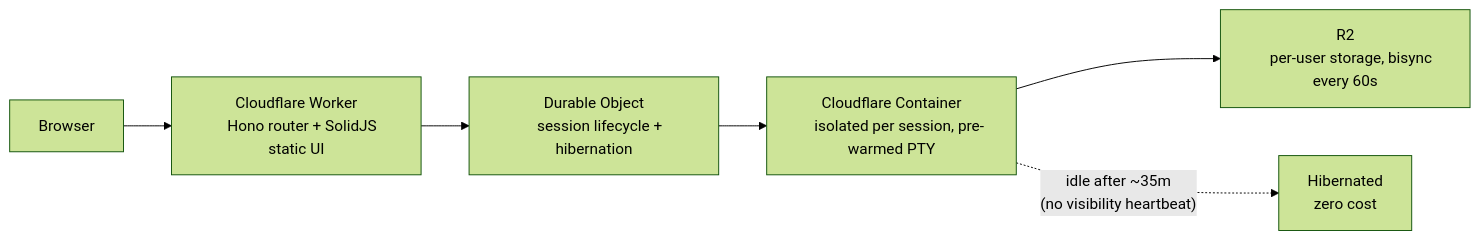
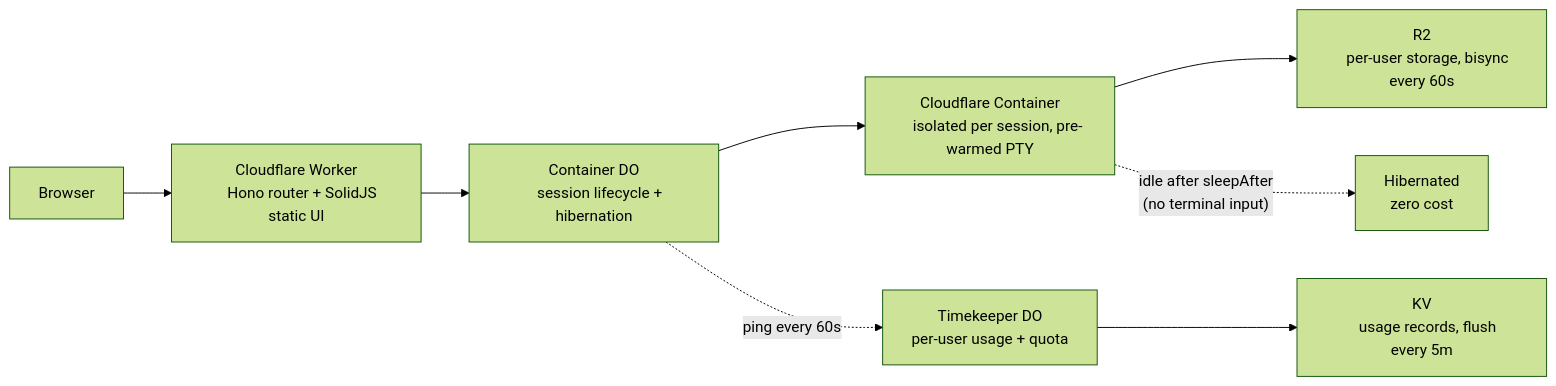
The diagram in README.md (nikolanovoselec/codeflare), drawn with Mermaid (forest theme) before and after one commit. The commit also changed other lines of this file and 26 other files, not shown here.

````diff
--- a/README.md
+++ b/README.md
@@ -75,14 +77,18 @@
 ```mermaid
 flowchart LR
     A[Browser] --> B["Cloudflare Worker
     Hono router + SolidJS static UI"]
-    B --> C["Durable Object
+    B --> C["Container DO
     session lifecycle + hibernation"]
     C --> D["Cloudflare Container
     isolated per session, pre-warmed PTY"]
     D --> E["R2
     per-user storage, bisync every 60s"]
-    D -. "idle after ~35m
-    (no visibility heartbeat)" .-> F["Hibernated
+    C -. "ping every 60s" .-> G["Timekeeper DO
+    per-user usage + quota"]
+    G --> H["KV
+    usage records, flush every 5m"]
+    D -. "idle after sleepAfter
+    (no terminal input)" .-> F["Hibernated
     zero cost"]
 ```
````
